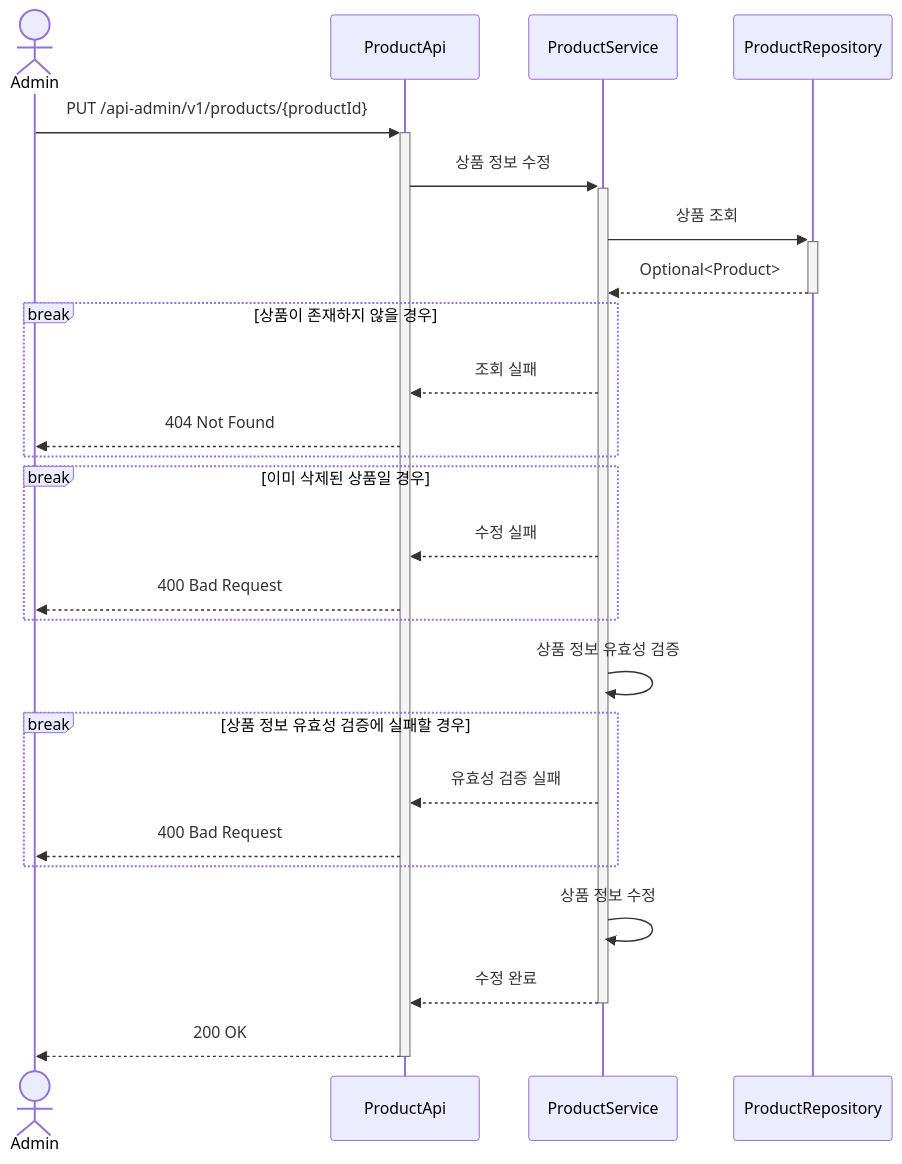
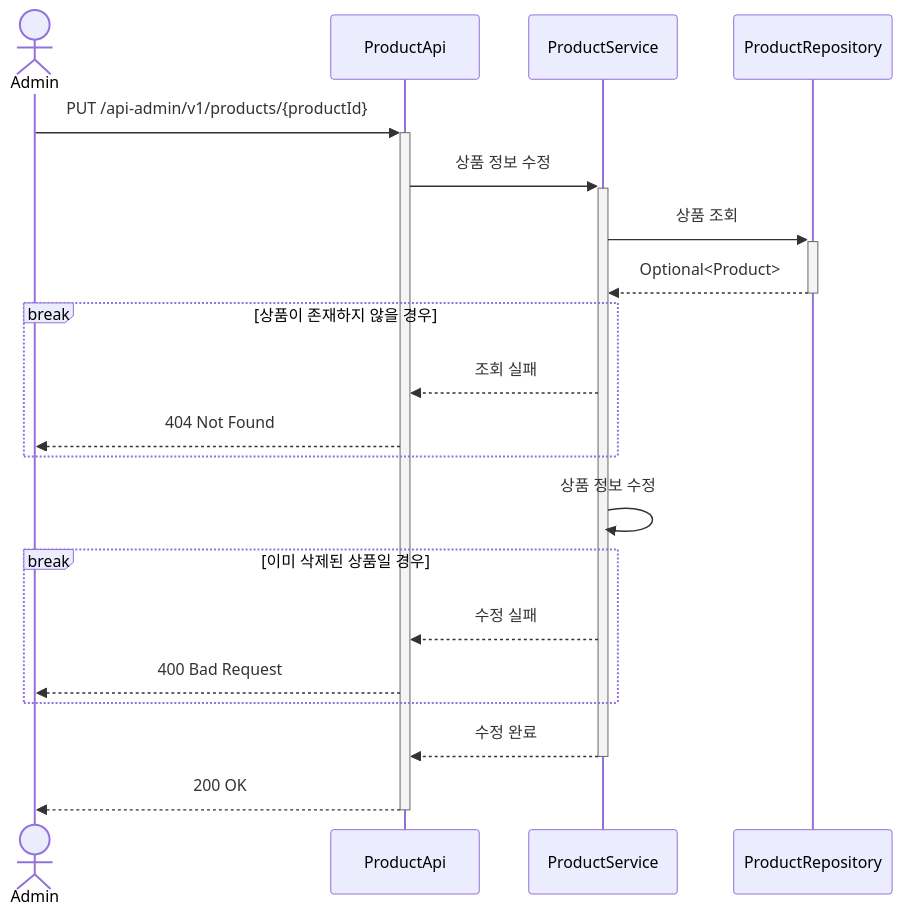
Diagram 12 of 23 in .docs/design/02-sequence-diagrams.md (Loopers-dev-lab/loop-pack-be-l2-vol3-java), drawn with Mermaid before and after one commit. The commit also changed other lines of this file and 14 other files, not shown here.

````diff
--- a/.docs/design/02-sequence-diagrams.md
+++ b/.docs/design/02-sequence-diagrams.md
@@ -390,33 +390,26 @@
 ```mermaid
 sequenceDiagram
     actor Admin
     participant ProductApi
     participant ProductService
     participant ProductRepository
 
     Admin ->>+ ProductApi: PUT /api-admin/v1/products/{productId}
     ProductApi ->>+ ProductService: 상품 정보 수정
     ProductService ->>+ ProductRepository: 상품 조회
     ProductRepository -->>- ProductService: Optional<Product>
 
     break 상품이 존재하지 않을 경우
         ProductService -->> ProductApi: 조회 실패
         ProductApi -->> Admin: 404 Not Found
     end
 
+    ProductService ->> ProductService: 상품 정보 수정
+
     break 이미 삭제된 상품일 경우
         ProductService -->> ProductApi: 수정 실패
         ProductApi -->> Admin: 400 Bad Request
     end
-
-    ProductService ->> ProductService: 상품 정보 유효성 검증
-
-    break 상품 정보 유효성 검증에 실패할 경우
-        ProductService -->> ProductApi: 유효성 검증 실패
-        ProductApi -->> Admin: 400 Bad Request
-    end
-
-    ProductService ->> ProductService: 상품 정보 수정
     ProductService -->>- ProductApi: 수정 완료
     ProductApi -->>- Admin: 200 OK
 ```
````
